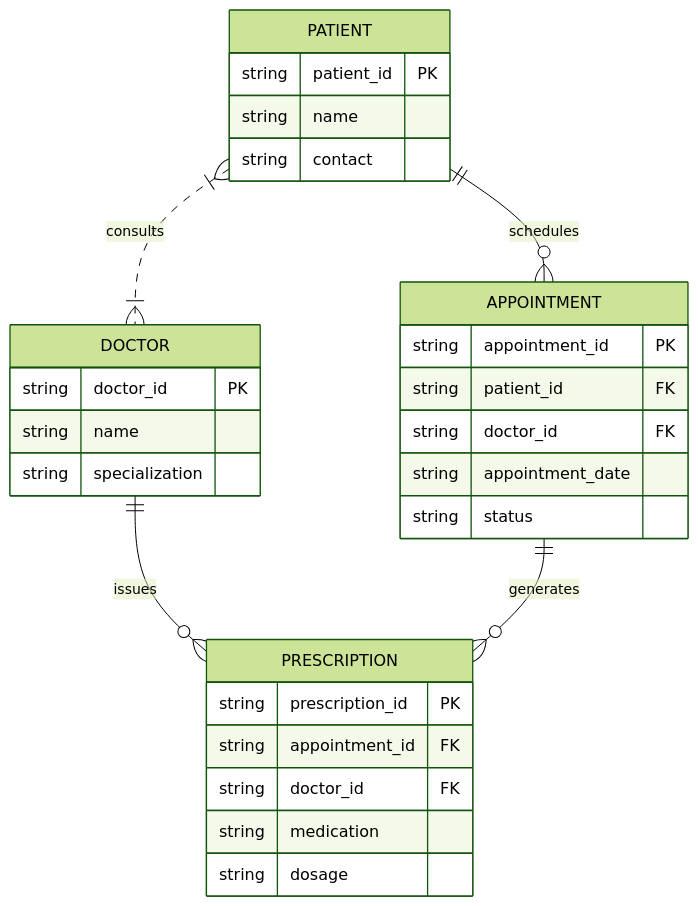
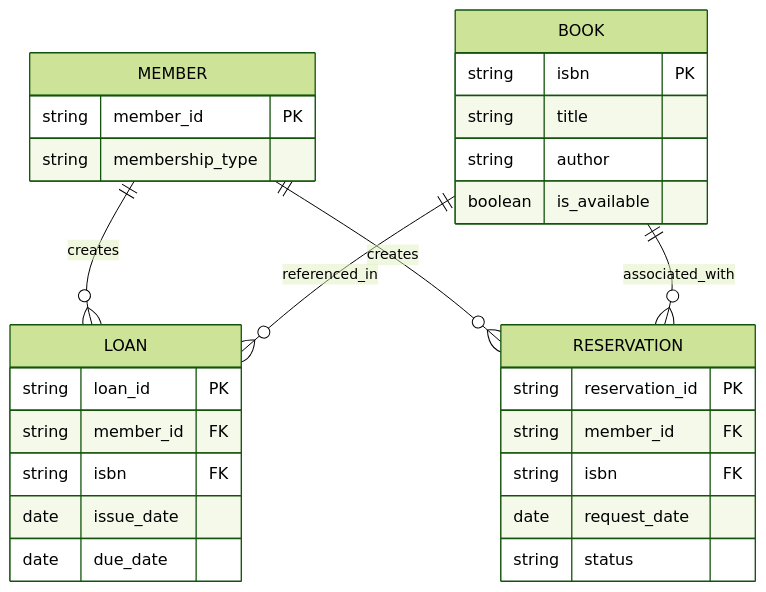
Before and after one commit to Anushka-Tripathi/DBMS-Lab-Commits: the diagram in Lab 1/Lab 1.3.mmd, drawn with Mermaid (forest theme). The commit also changed 1 other file, not shown here.

```diff
--- a/Lab 1/Lab 1.3.mmd
+++ b/Lab 1/Lab 1.3.mmd
@@ -1,33 +1,33 @@
 erDiagram
-    PATIENT ||--o{ APPOINTMENT : "schedules"
-    DOCTOR ||--o{ PRESCRIPTION : "issues"
-    PATIENT }|..|{ DOCTOR : "consults"
-    APPOINTMENT ||--o{ PRESCRIPTION : "generates"
+    MEMBER ||--o{ LOAN : "creates"
+    BOOK ||--o{ LOAN : "referenced_in"
+    MEMBER ||--o{ RESERVATION : "creates"
+    BOOK ||--o{ RESERVATION : "associated_with"
 
-    PATIENT {
-        string patient_id PK
-        string name
-        string contact
+    MEMBER {
+        string member_id PK
+        string membership_type
     }
 
-    DOCTOR {
-        string doctor_id PK
-        string name
-        string specialization
+    BOOK {
+        string isbn PK
+        string title
+        string author
+        boolean is_available
     }
 
-    APPOINTMENT {
-        string appointment_id PK
-        string patient_id FK
-        string doctor_id FK
-        string appointment_date
+    LOAN {
+        string loan_id PK
+        string member_id FK
+        string isbn FK
+        date issue_date
+        date due_date
+    }
+
+    RESERVATION {
+        string reservation_id PK
+        string member_id FK
+        string isbn FK
+        date request_date
         string status
     }
-
-    PRESCRIPTION {
-        string prescription_id PK
-        string appointment_id FK
-        string doctor_id FK
-        string medication
-        string dosage
-    }
```
